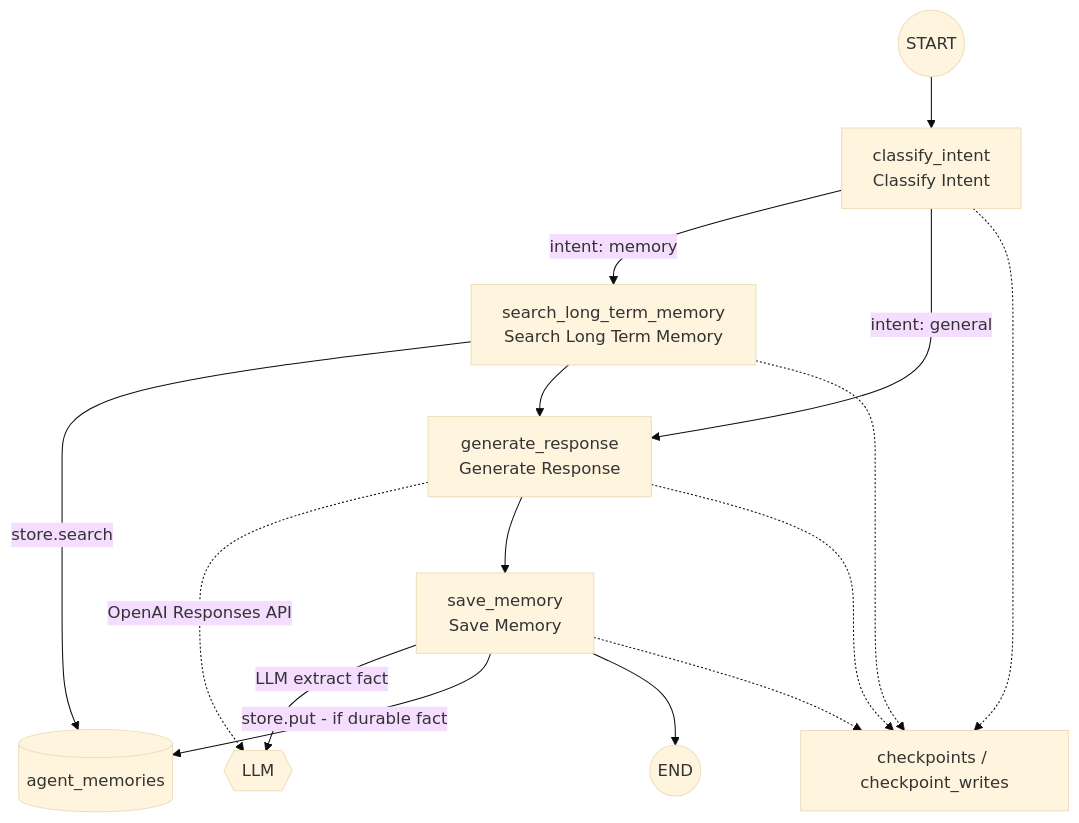
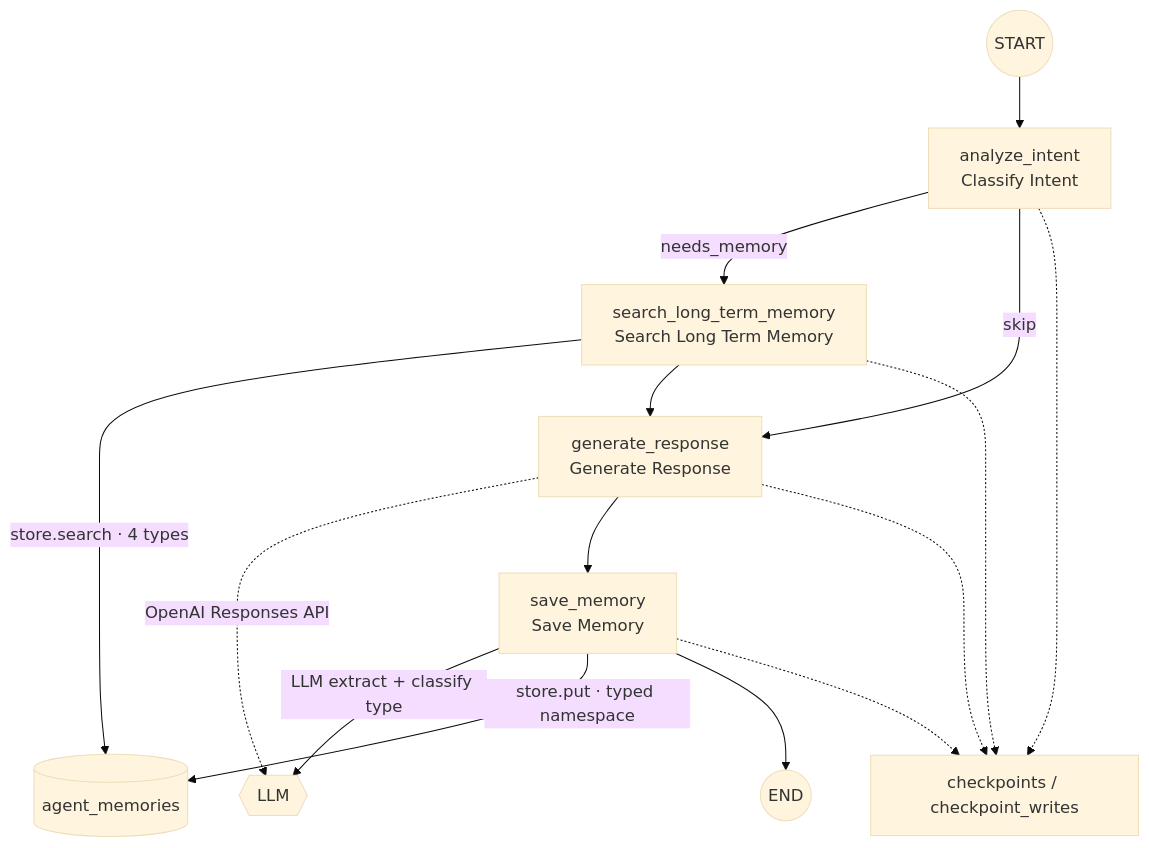
The second of 2 diagrams in README.md (newellbrandon/pensive-langchain), drawn with Mermaid (base theme) before and after one commit. The commit also changed other lines of this file and 8 other files, not shown here.

First line of the commit message:
Add four-type long-term memory (semantic/episodic/taxonomic/procedural)

````diff
--- a/README.md
+++ b/README.md
@@ -34,22 +34,22 @@
 ```mermaid
 flowchart TD
-  startNode((START)) --> classify["classify_intent<br/>Classify Intent"]
+  startNode((START)) --> analyze["analyze_intent<br/>Classify Intent"]
 
-  classify -->|"intent: memory"| search["search_long_term_memory<br/>Search Long Term Memory"]
-  classify -->|"intent: general"| generate["generate_response<br/>Generate Response"]
+  analyze -->|"needs_memory"| search["search_long_term_memory<br/>Search Long Term Memory"]
+  analyze -->|"skip"| generate["generate_response<br/>Generate Response"]
 
-  search -->|store.search| agentMem[(agent_memories)]
+  search -->|"store.search · 4 types"| agentMem[(agent_memories)]
   search --> generate
 
   generate -.->|OpenAI Responses API| llmNode{{LLM}}
   generate --> save["save_memory<br/>Save Memory"]
 
-  save -->|LLM extract fact| llmNode
-  save -->|"store.put - if durable fact"| agentMem
+  save -->|"LLM extract + classify type"| llmNode
+  save -->|"store.put · typed namespace"| agentMem
   save --> endNode((END))
 
-  classify -.-> cpNote["checkpoints / checkpoint_writes"]
+  analyze -.-> cpNote["checkpoints / checkpoint_writes"]
   search -.-> cpNote
   generate -.-> cpNote
   save -.-> cpNote
 ```
````
